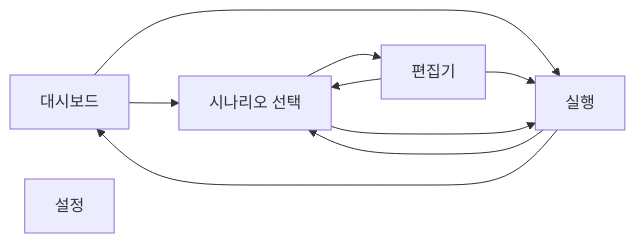
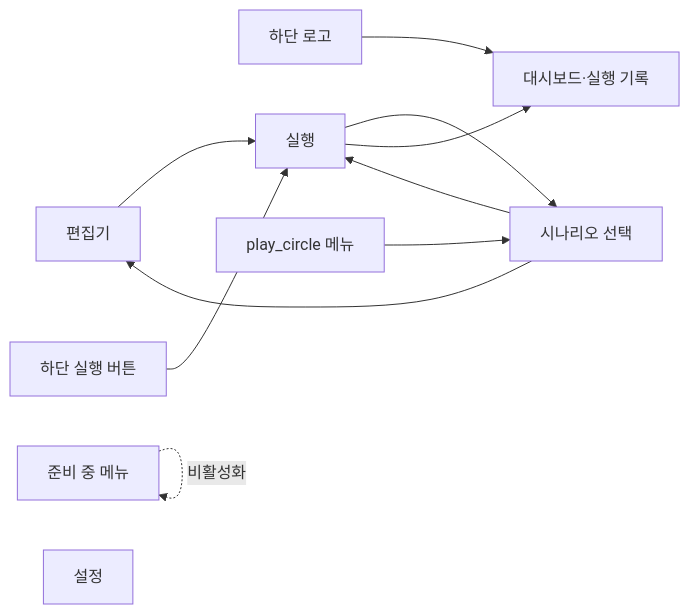
The diagram in docs/04-pages/README.md (ph-1dnjs/checkly), drawn with Mermaid before and after one commit. The commit also changed other lines of this file and 6 other files, not shown here.

Commit message:
feat: 대시보드 및 실행 내비게이션 레이아웃 수정 - 하단 로고를 통해 대시보드와 실행 기록으로 이동하도록 변경 - 대시보드 제목을 '대시보드'로 수정 - 실행 화면으로 이동하는 버튼 텍스트를 '실행 화면 열기'로 변경 - 시나리오 선택 버튼을 제거하고 실행 화면으로 이동하는 버튼으로 대체 - 테스트 코드에서 대시보드와 실행 내비게이션 레이아웃을 검증하도록 수정

````diff
--- a/docs/04-pages/README.md
+++ b/docs/04-pages/README.md
@@ -17,12 +17,13 @@
 ```mermaid
 flowchart LR
-  D[대시보드] --> P[시나리오 선택]
-  D --> R[실행]
-  E[편집기] --> R
-  E --> P
+  L[하단 로고] --> D[대시보드·실행 기록]
+  E[편집기] --> R[실행]
+  M[play_circle 메뉴] --> P[시나리오 선택]
+  P --> R[실행]
+  X[하단 실행 버튼] --> R
   P --> E
-  P --> R
   R --> P
   R --> D
+  F[준비 중 메뉴] -. 비활성화 .-> F
   S[설정]
 ```
````
